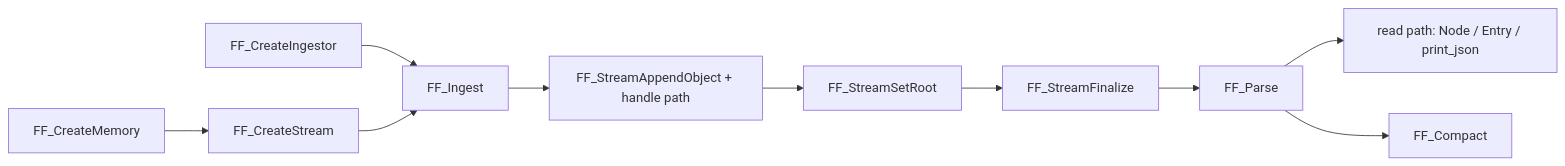
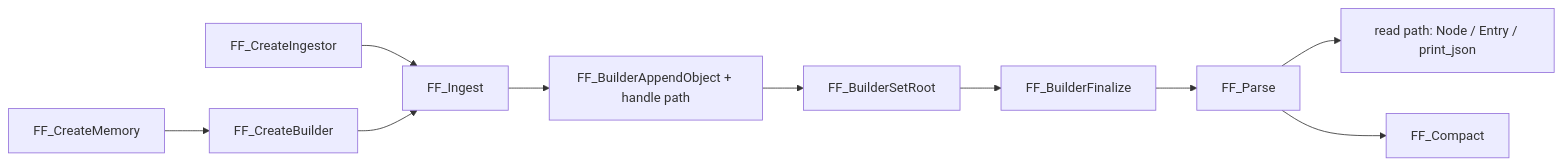
The second of 2 diagrams in docs/api.adoc (ryanlandvater/FastFHIR), drawn with Mermaid before and after one commit. The commit also changed other lines of this file and 36 other files, not shown here.

First line of the commit message:
Rename FF_Stream API to FF_Builder

````diff
--- a/docs/api.adoc
+++ b/docs/api.adoc
@@ -314,12 +314,12 @@
 ```mermaid
 flowchart LR
-    A[FF_CreateMemory] --> B[FF_CreateStream]
+    A[FF_CreateMemory] --> B[FF_CreateBuilder]
     C[FF_CreateIngestor] --> D[FF_Ingest]
     B --> D
-    D --> E[FF_StreamAppendObject + handle path]
-    E --> F[FF_StreamSetRoot]
-    F --> G[FF_StreamFinalize]
+    D --> E[FF_BuilderAppendObject + handle path]
+    E --> F[FF_BuilderSetRoot]
+    F --> G[FF_BuilderFinalize]
     G --> H[FF_Parse]
     H --> I[read path: Node / Entry / print_json]
     H --> J[FF_Compact]
 ```
````
